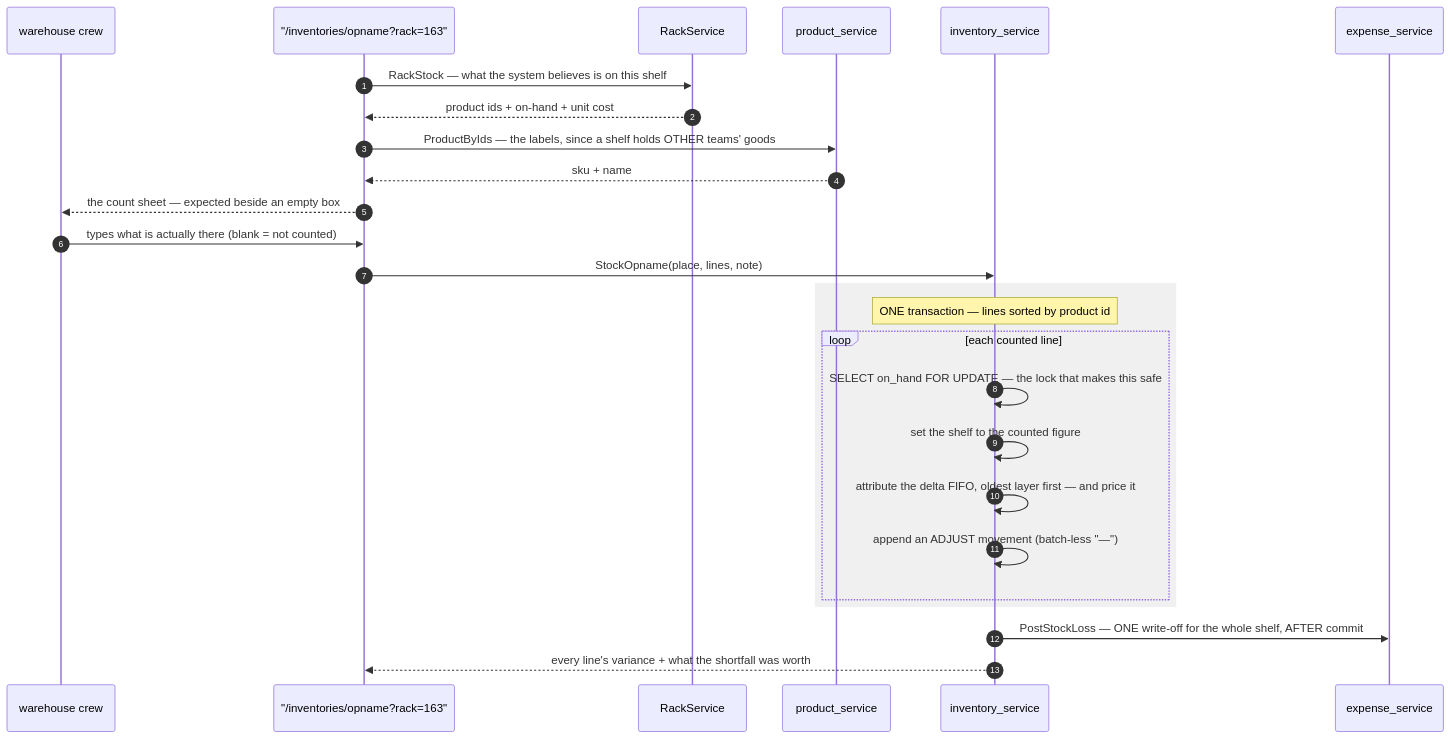
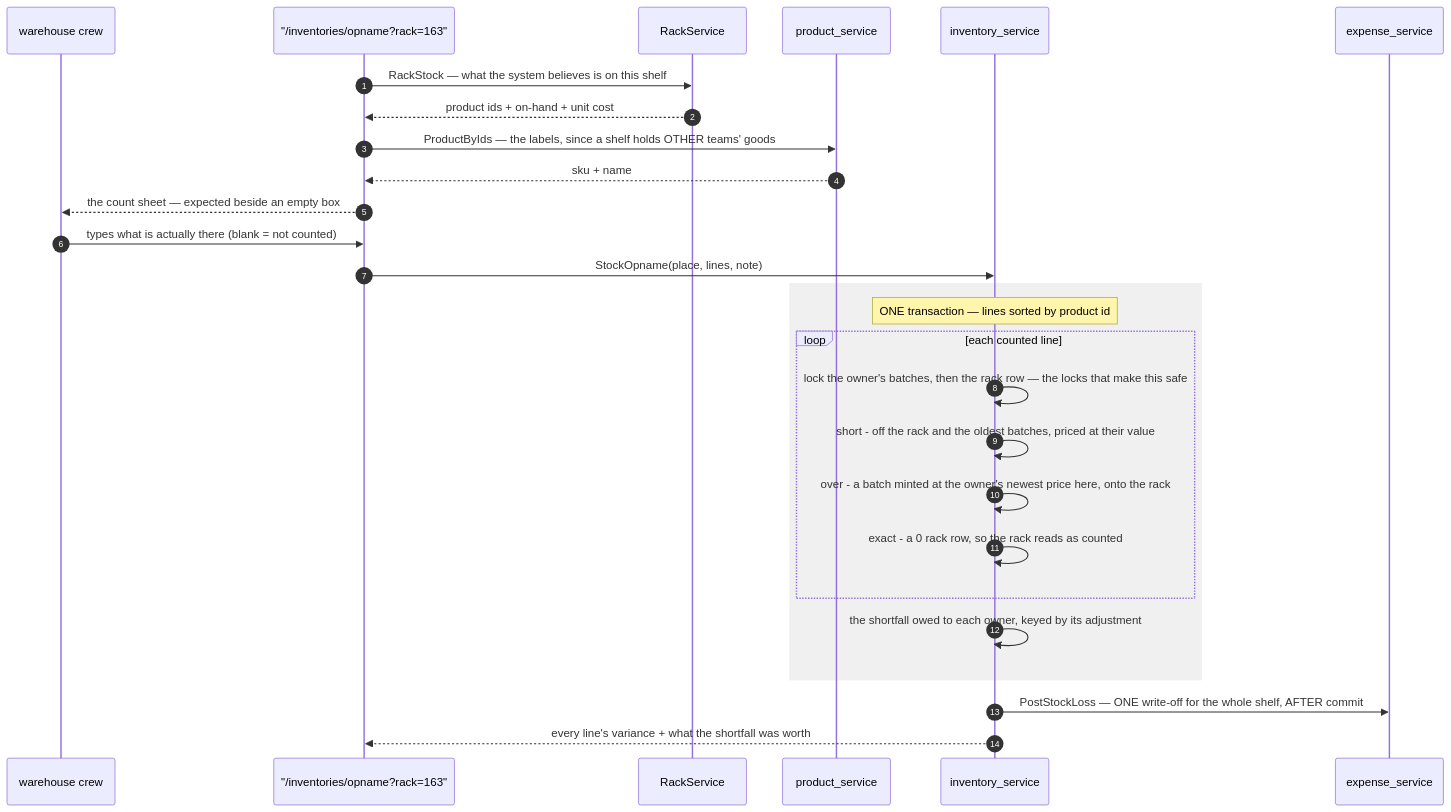
Before and after one commit to pdcgo/warehouse_revamp: diagram 15 of 20 in docs/services/inventory_service/rpc.md, drawn with Mermaid. The commit also changed other lines of this file and 313 other files, not shown here.

````diff
--- a/docs/services/inventory_service/rpc.md
+++ b/docs/services/inventory_service/rpc.md
@@ -673,32 +703,33 @@
 ```mermaid
 sequenceDiagram
     autonumber
     participant P as warehouse crew
     participant UI as "/inventories/opname?rack=163"
     participant R as RackService
     participant PS as product_service
     participant I as inventory_service
     participant E as expense_service
 
     UI->>R: RackStock — what the system believes is on this shelf
     R-->>UI: product ids + on-hand + unit cost
     UI->>PS: ProductByIds — the labels, since a shelf holds OTHER teams' goods
     PS-->>UI: sku + name
     UI-->>P: the count sheet — expected beside an empty box
 
     P->>UI: types what is actually there (blank = not counted)
     UI->>I: StockOpname(place, lines, note)
 
     rect rgb(240, 240, 240)
         Note over I: ONE transaction — lines sorted by product id
         loop each counted line
-            I->>I: SELECT on_hand FOR UPDATE — the lock that makes this safe
-            I->>I: set the shelf to the counted figure
-            I->>I: attribute the delta FIFO, oldest layer first — and price it
-            I->>I: append an ADJUST movement (batch-less "—")
+            I->>I: lock the owner's batches, then the rack row — the locks that make this safe
+            I->>I: short - off the rack and the oldest batches, priced at their value
+            I->>I: over - a batch minted at the owner's newest price here, onto the rack
+            I->>I: exact - a 0 rack row, so the rack reads as counted
         end
+        I->>I: the shortfall owed to each owner, keyed by its adjustment
     end
 
     I->>E: PostStockLoss — ONE write-off for the whole shelf, AFTER commit
     I-->>UI: every line's variance + what the shortfall was worth
 ```
````
